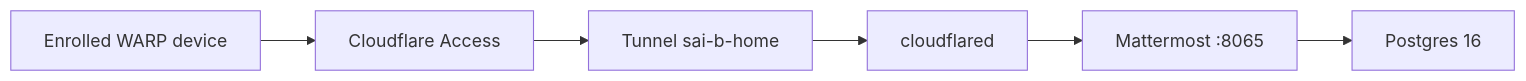
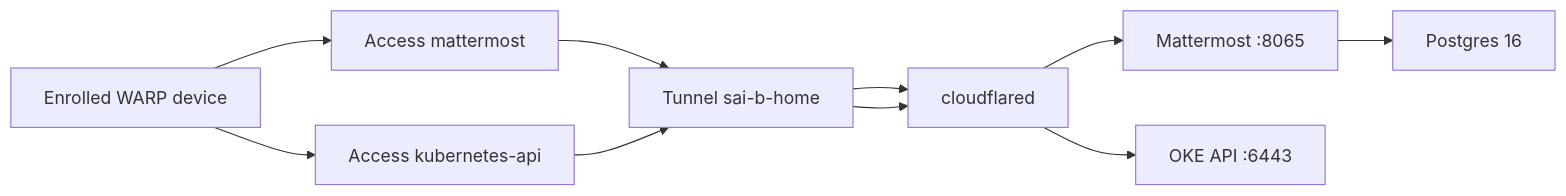
The first of 2 diagrams in README.md (jasonho215/sai-b-home-infra), drawn with Mermaid before and after one commit. The commit also changed other lines of this file and 4 other files, not shown here.

First line of the commit message:
Separate Kubernetes API access from the Mattermost Access application.

````diff
--- a/README.md
+++ b/README.md
@@ -32,11 +32,14 @@
 ```mermaid
 flowchart LR
   client["Enrolled WARP device"]
-  access["Cloudflare Access"]
+  mattermostAccess["Access mattermost"]
+  apiAccess["Access kubernetes-api"]
   tunnel["Tunnel sai-b-home"]
   connector["cloudflared"]
   app["Mattermost :8065"]
+  api["OKE API :6443"]
   db["Postgres 16"]
 
-  client --> access --> tunnel --> connector --> app --> db
+  client --> mattermostAccess --> tunnel --> connector --> app --> db
+  client --> apiAccess --> tunnel --> connector --> api
 ```
````
